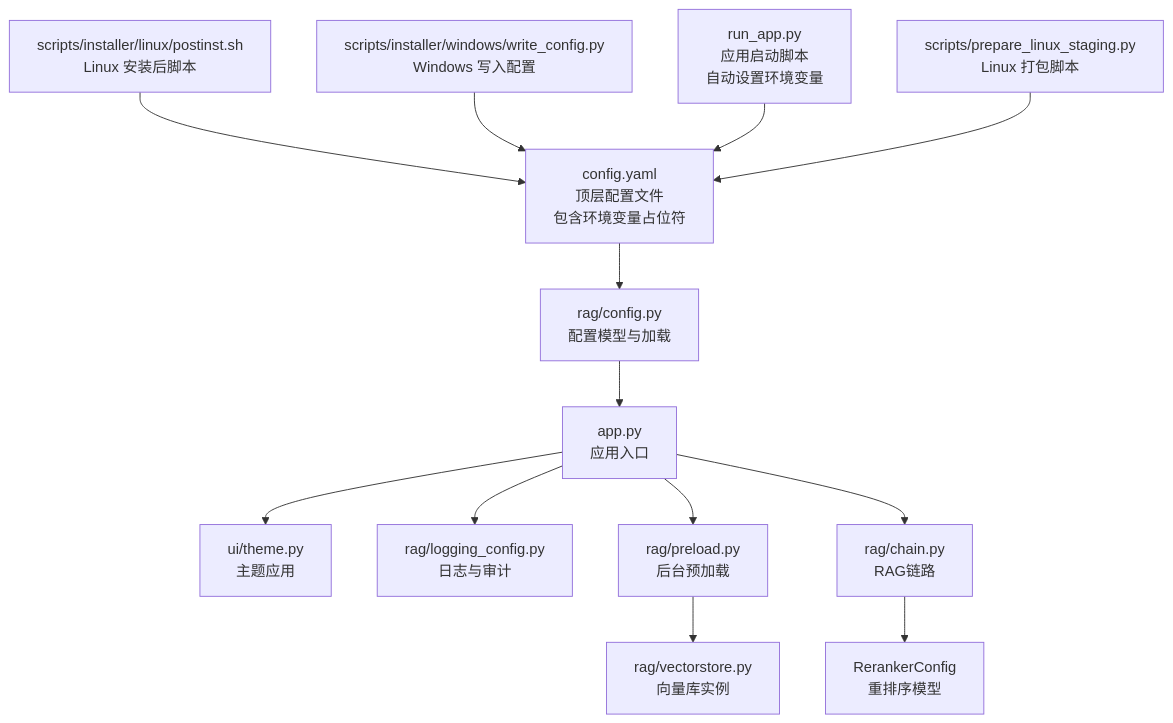
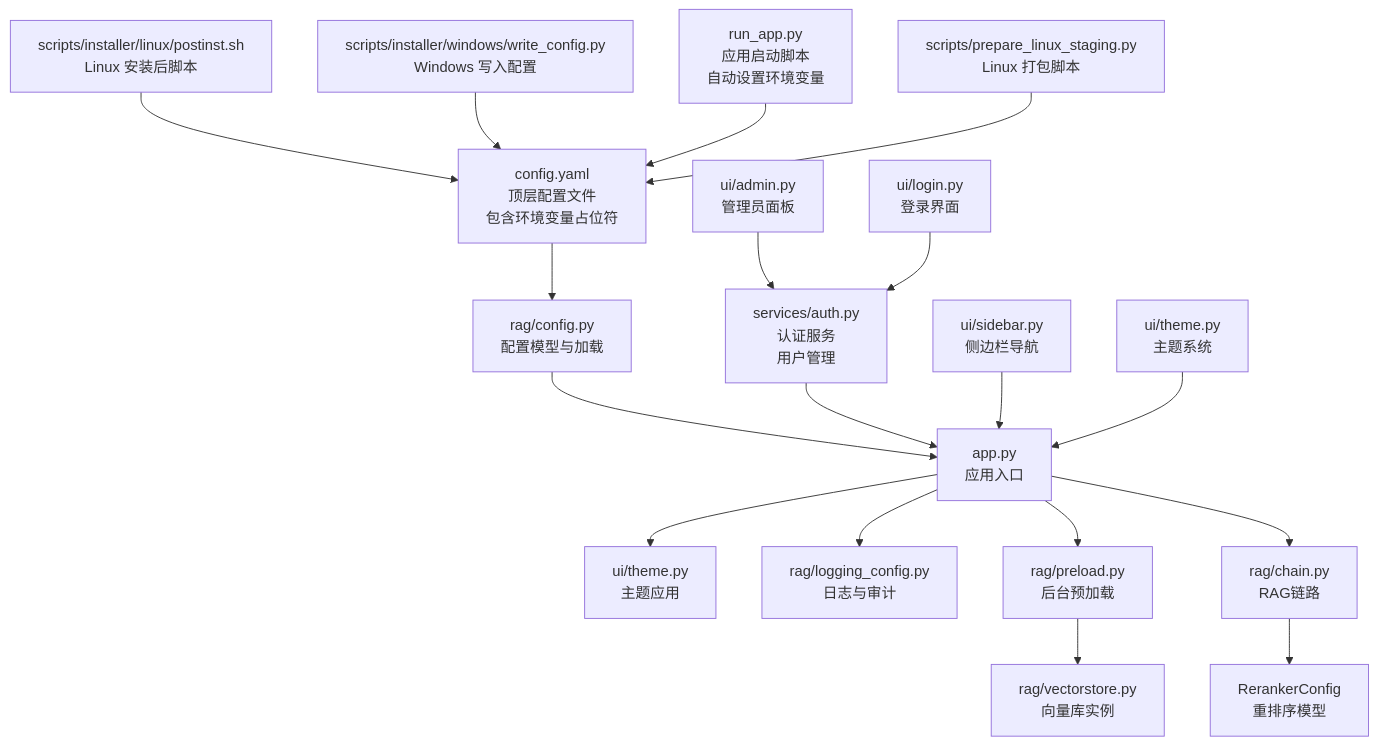
One commit to joyafa/knowledge changed the first of 6 diagrams in .qoder/repowiki/zh/content/RAG核心引擎/配置管理系统.md. Above: the diagram before and after it, drawn with Mermaid. The commit also changed other lines of this file and 16 other files, not shown here.

````diff
--- a/.qoder/repowiki/zh/content/RAG核心引擎/配置管理系统.md
+++ b/.qoder/repowiki/zh/content/RAG核心引擎/配置管理系统.md
@@ -65,15 +76,20 @@
 ```mermaid
 graph TB
 cfg["config.yaml<br/>顶层配置文件<br/>包含环境变量占位符"] --> cm["rag/config.py<br/>配置模型与加载"]
 cm --> app["app.py<br/>应用入口"]
 app --> ui["ui/theme.py<br/>主题应用"]
 app --> log["rag/logging_config.py<br/>日志与审计"]
 app --> preload["rag/preload.py<br/>后台预加载"]
 app --> chain["rag/chain.py<br/>RAG链路"]
 chain --> reranker["RerankerConfig<br/>重排序模型"]
 preload --> vs["rag/vectorstore.py<br/>向量库实例"]
+auth["services/auth.py<br/>认证服务<br/>用户管理"] --> app
+admin["ui/admin.py<br/>管理员面板"] --> auth
+login["ui/login.py<br/>登录界面"] --> auth
+sidebar["ui/sidebar.py<br/>侧边栏导航"] --> app
+theme["ui/theme.py<br/>主题系统"] --> app
 inst_lnx["scripts/installer/linux/postinst.sh<br/>Linux 安装后脚本"] --> cfg
 inst_win["scripts/installer/windows/write_config.py<br/>Windows 写入配置"] --> cfg
 run_app["run_app.py<br/>应用启动脚本<br/>自动设置环境变量"] --> cfg
 staging["scripts/prepare_linux_staging.py<br/>Linux 打包脚本"] --> cfg
 ```
````
